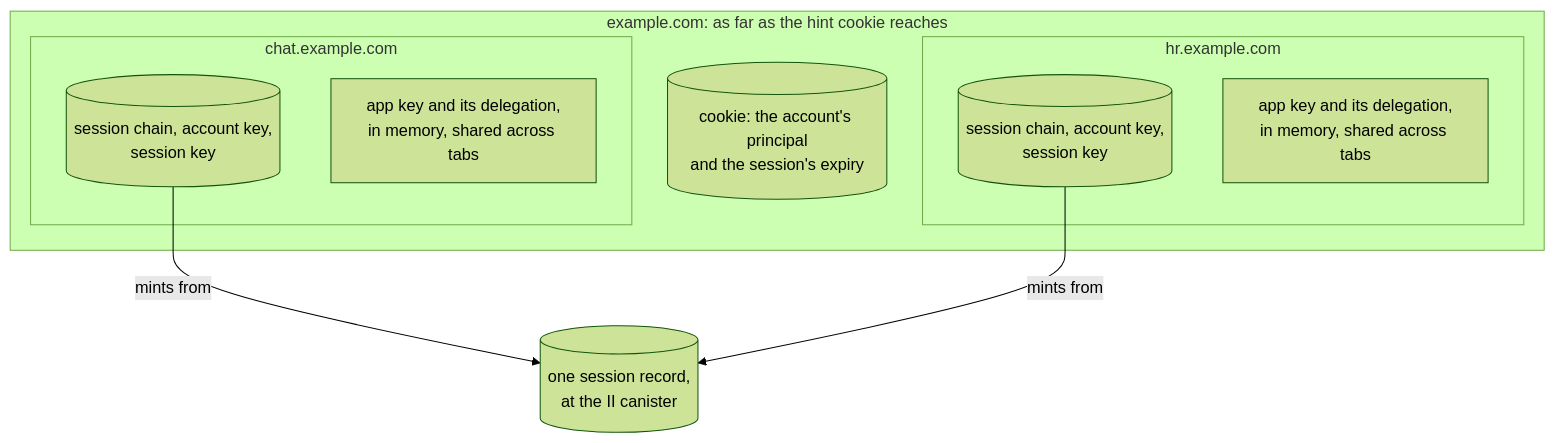
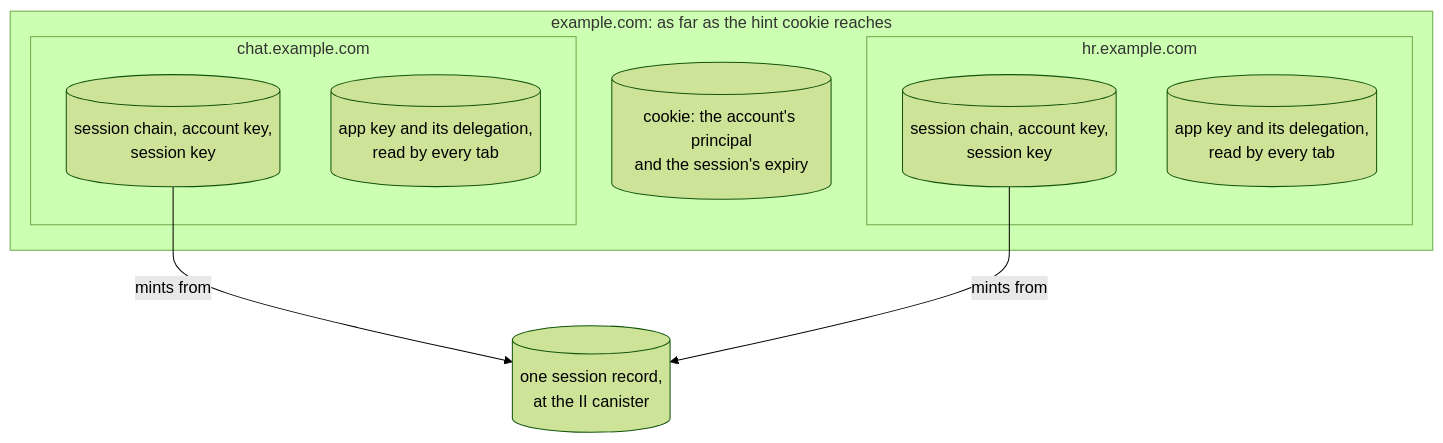
Before and after one commit to dfinity/internet-identity: the second of 5 diagrams in docs/ongoing/client-app-sessions.md, drawn with Mermaid (forest theme). The commit also changed other lines of this file and 1 other file, not shown here.

````diff
--- a/docs/ongoing/client-app-sessions.md
+++ b/docs/ongoing/client-app-sessions.md
@@ -167,17 +166,17 @@
 ```mermaid
 flowchart TB
     subgraph D["example.com: as far as the hint cookie reaches"]
         H[("cookie: the account's principal<br/>and the session's expiry")]
         subgraph O1["chat.example.com"]
             L1[("session chain, account key,<br/>session key")]
-            B1["app key and its delegation,<br/>in memory, shared across tabs"]
+            B1[("app key and its delegation,<br/>read by every tab")]
         end
         subgraph O2["hr.example.com"]
             L2[("session chain, account key,<br/>session key")]
-            B2["app key and its delegation,<br/>in memory, shared across tabs"]
+            B2[("app key and its delegation,<br/>read by every tab")]
         end
     end
     L1 -->|mints from| S
     L2 -->|mints from| S
     S[("one session record,<br/>at the II canister")]
 ```
````
